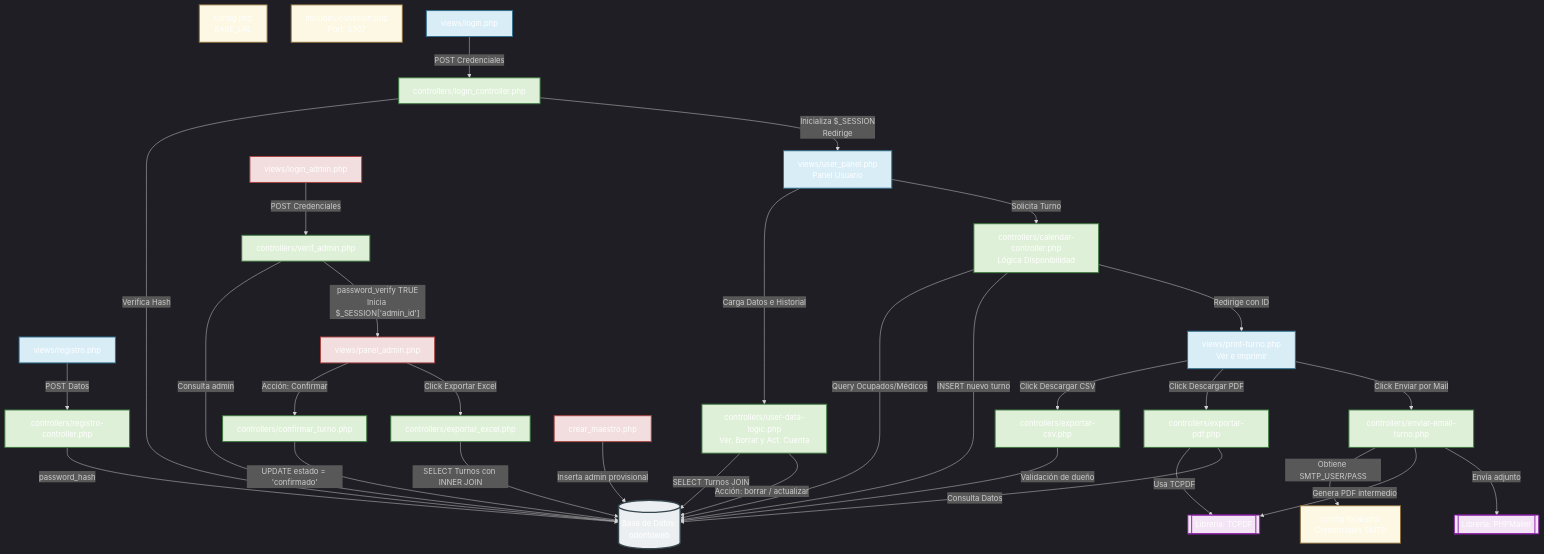
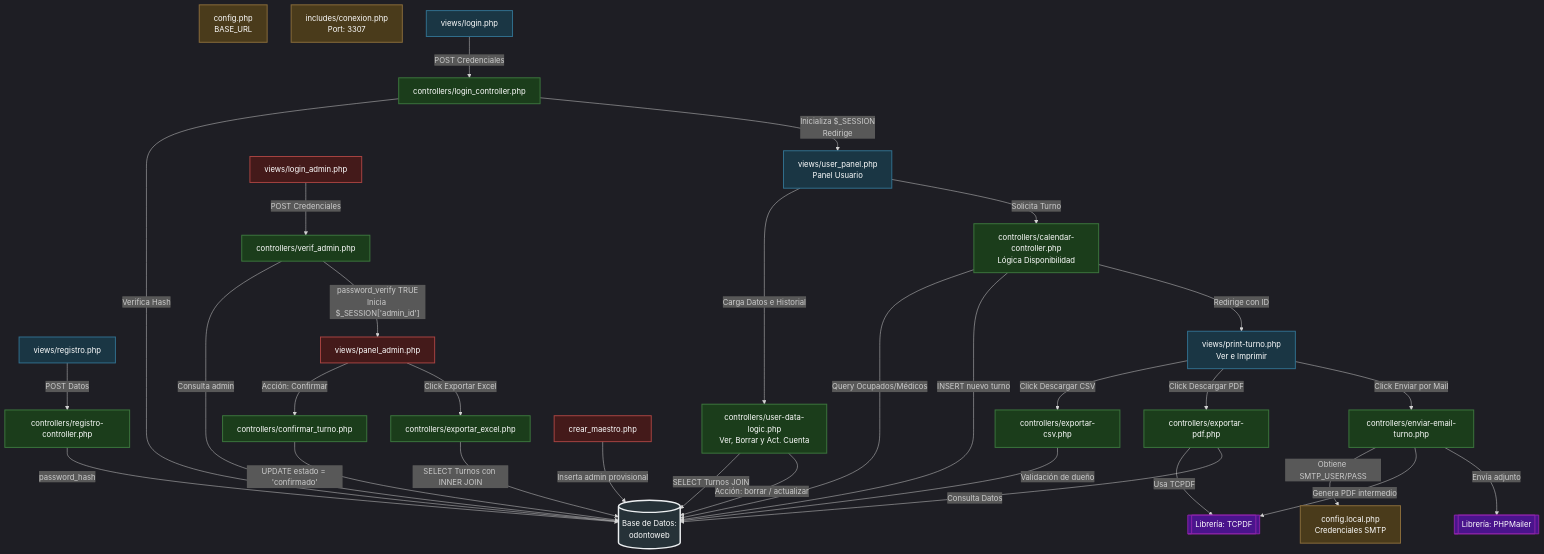
The diagram in README.md (MCortinez-dev/OdontoWeb), drawn with Mermaid before and after one commit. The commit also changed other lines of this file, not shown here.

Commit message:
Refactor architecture diagram styles in README
Removed redundant style definitions for diagram elements.

```diff
--- a/README.md
+++ b/README.md
@@ -33,13 +34,6 @@
     classDef controller fill:#1b3d1b,stroke:#3c763d,stroke-width:2px,color:#fff;
     classDef db fill:#263238,stroke:#eceff1,stroke-width:3px,color:#fff;
     classDef libreria fill:#4a148c,stroke:#8e24aa,stroke-width:2px,color:#fff;
-    %% Estilos de diseño
-    classDef config fill:#fcf8e3,stroke:#8a6d3b,stroke-width:2px;
-    classDef paciente fill:#d9edf7,stroke:#31708f,stroke-width:2px;
-    classDef admin fill:#f2dede,stroke:#a94442,stroke-width:2px;
-    classDef controller fill:#dff0d8,stroke:#3c763d,stroke-width:2px;
-    classDef db fill:#eceff1,stroke:#37474f,stroke-width:3px;
-    classDef libreria fill:#f3e5f5,stroke:#8e24aa,stroke-width:2px;
 
     %% Archivos de Configuración y Base de Datos
     DB[(Base de Datos:<br>odontoweb)]:::db
```
